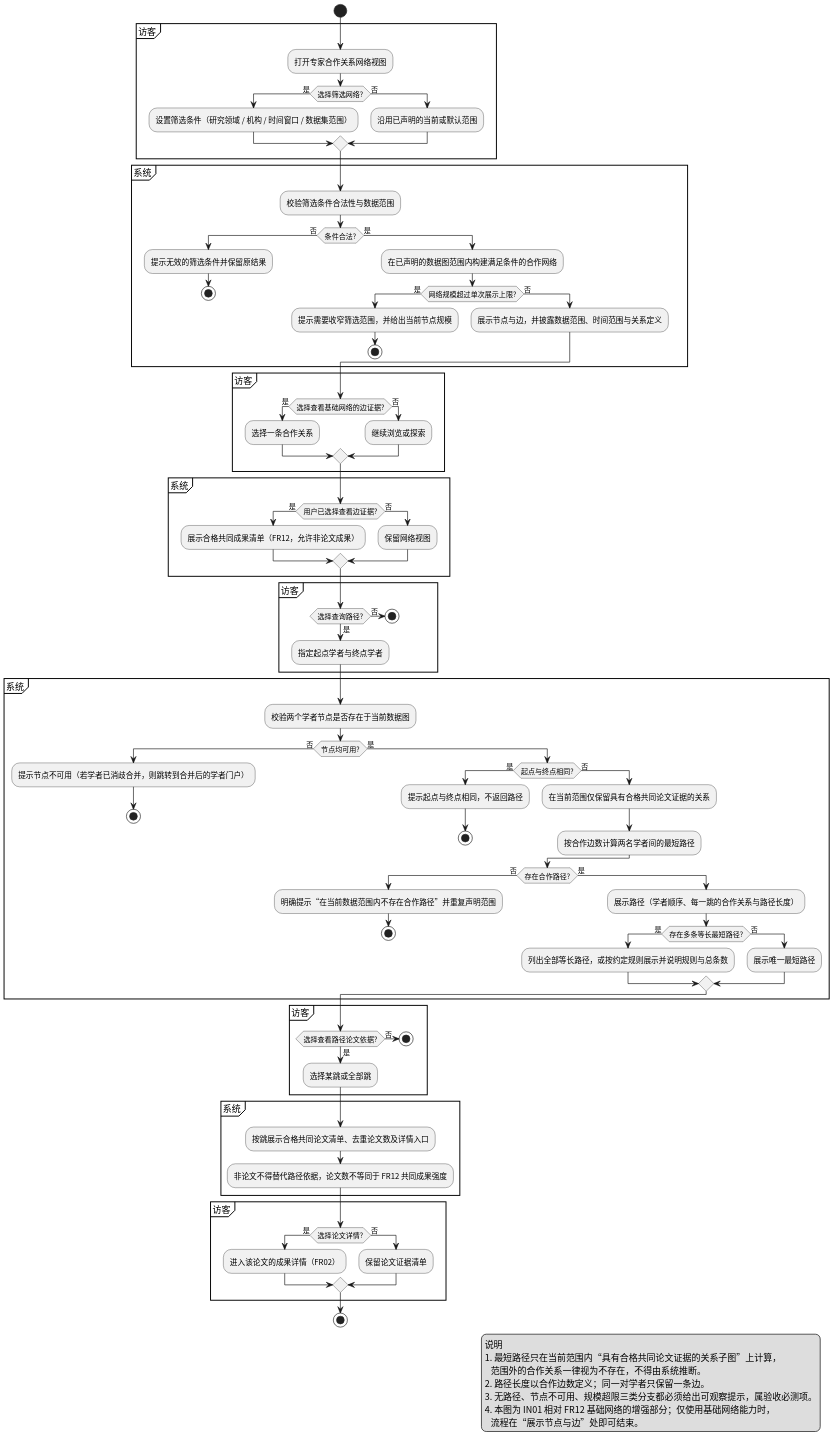
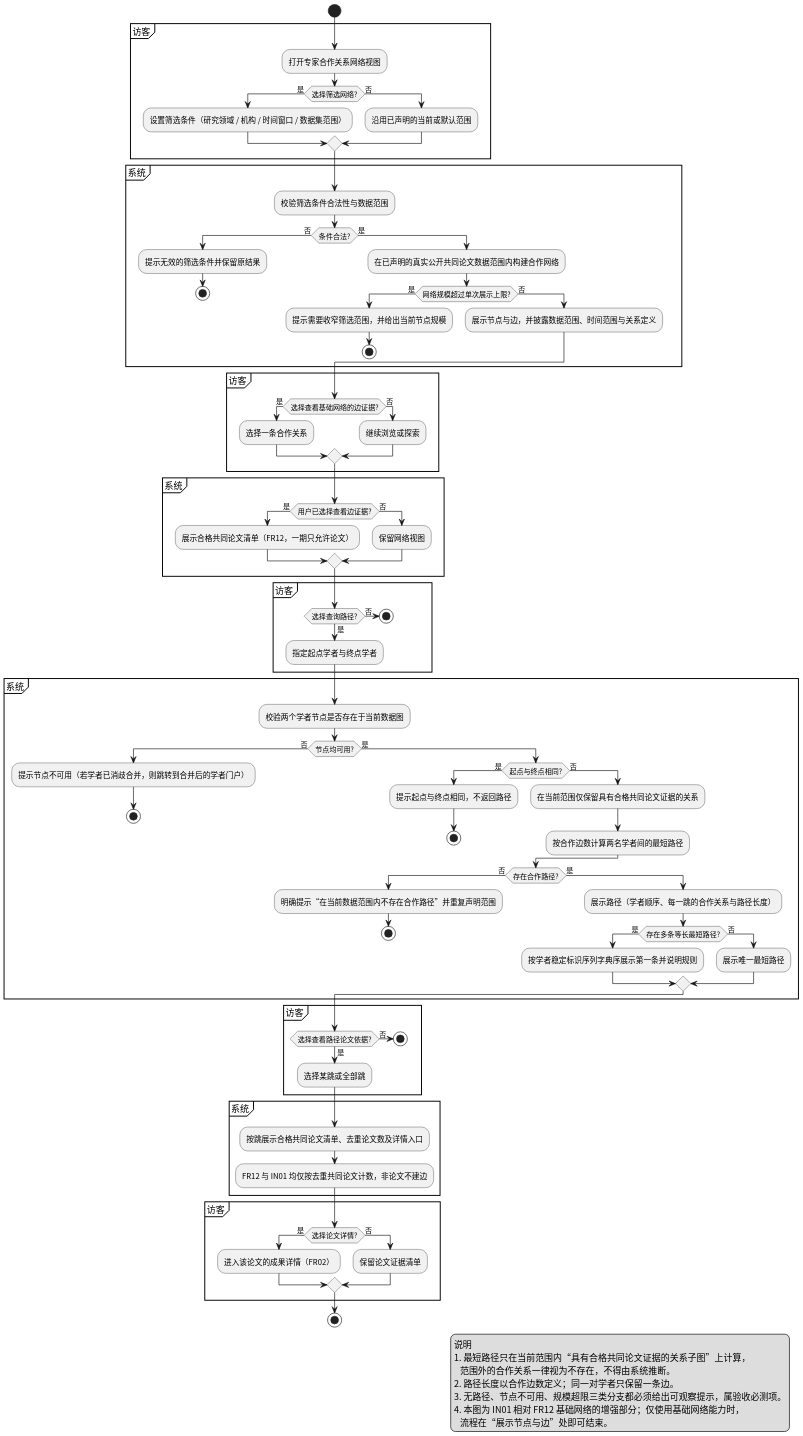
One commit to CognitaNexus/CognitaNexus changed the diagram in docs/uml/analytics/DGM-ACTIVITY-03-collab-path.puml. Above: the diagram before and after it, drawn with PlantUML.

Commit message:
docs(uml): align basic cooperation graph and path evidence to paper-only scope

```diff
--- a/docs/uml/analytics/DGM-ACTIVITY-03-collab-path.puml
+++ b/docs/uml/analytics/DGM-ACTIVITY-03-collab-path.puml
@@ -1,129 +1,129 @@
 @startuml
 ' =====================================================================
 ' DGM-ACTIVITY-03  合作关系探索活动图（IN01，创新功能）
 ' 对应需求：IN01-S01 ~ IN01-S08；基础网络部分关联 FR12
 ' 提示：本图仅表示“在已声明数据范围内”的关系，不得推断范围外的合作关系
 ' =====================================================================
 skinparam monochrome true
 skinparam shadowing false
 skinparam defaultFontName "Noto Sans CJK SC"
 skinparam usecaseFontStyle normal
 skinparam actorFontStyle normal
 skinparam rectangleFontStyle normal
 skinparam packageFontStyle normal
 skinparam componentFontStyle normal
 skinparam ArrowFontStyle normal
 skinparam legendFontStyle normal
 skinparam stateFontStyle normal
 skinparam activityFontStyle normal
 skinparam activityDiamondFontStyle normal
 skinparam noteFontStyle normal
 skinparam dpi 150
 
 start
 
 partition "访客" {
   :打开专家合作关系网络视图;
   if (选择筛选网络?) then (是)
     :设置筛选条件（研究领域 / 机构 / 时间窗口 / 数据集范围）;
   else (否)
     :沿用已声明的当前或默认范围;
   endif
 }
 
 partition "系统" {
   :校验筛选条件合法性与数据范围;
   if (条件合法?) then (否)
     :提示无效的筛选条件并保留原结果;
     stop
   else (是)
-    :在已声明的数据图范围内构建满足条件的合作网络;
+    :在已声明的真实公开共同论文数据范围内构建合作网络;
     if (网络规模超过单次展示上限?) then (是)
       :提示需要收窄筛选范围，并给出当前节点规模;
       stop
     else (否)
       :展示节点与边，并披露数据范围、时间范围与关系定义;
     endif
   endif
 }
 
 partition "访客" {
   if (选择查看基础网络的边证据?) then (是)
     :选择一条合作关系;
   else (否)
     :继续浏览或探索;
   endif
 }
 partition "系统" {
   if (用户已选择查看边证据?) then (是)
-    :展示合格共同成果清单（FR12，允许非论文成果）;
+    :展示合格共同论文清单（FR12，一期只允许论文）;
   else (否)
     :保留网络视图;
   endif
 }
 partition "访客" {
   if (选择查询路径?) then (否)
     stop
   else (是)
     :指定起点学者与终点学者;
   endif
 }
 
 partition "系统" {
   :校验两个学者节点是否存在于当前数据图;
   if (节点均可用?) then (否)
     :提示节点不可用（若学者已消歧合并，则跳转到合并后的学者门户）;
     stop
   else (是)
     if (起点与终点相同?) then (是)
       :提示起点与终点相同，不返回路径;
       stop
     else (否)
       :在当前范围仅保留具有合格共同论文证据的关系;
       :按合作边数计算两名学者间的最短路径;
     endif
     if (存在合作路径?) then (否)
       :明确提示“在当前数据范围内不存在合作路径”并重复声明范围;
       stop
     else (是)
       :展示路径（学者顺序、每一跳的合作关系与路径长度）;
       if (存在多条等长最短路径?) then (是)
-        :列出全部等长路径，或按约定规则展示并说明规则与总条数;
+        :按学者稳定标识序列字典序展示第一条并说明规则;
       else (否)
         :展示唯一最短路径;
       endif
     endif
   endif
 }
 
 partition "访客" {
   if (选择查看路径论文依据?) then (否)
     stop
   else (是)
     :选择某跳或全部跳;
   endif
 }
 partition "系统" {
   :按跳展示合格共同论文清单、去重论文数及详情入口;
-  :非论文不得替代路径依据，论文数不等同于 FR12 共同成果强度;
+  :FR12 与 IN01 均仅按去重共同论文计数，非论文不建边;
 }
 partition "访客" {
   if (选择论文详情?) then (是)
     :进入该论文的成果详情（FR02）;
   else (否)
     :保留论文证据清单;
   endif
 }
 
 stop
 
 legend right
   说明
   1. 最短路径只在当前范围内“具有合格共同论文证据的关系子图”上计算，
      范围外的合作关系一律视为不存在，不得由系统推断。
   2. 路径长度以合作边数定义；同一对学者只保留一条边。
   3. 无路径、节点不可用、规模超限三类分支都必须给出可观察提示，属验收必测项。
   4. 本图为 IN01 相对 FR12 基础网络的增强部分；仅使用基础网络能力时，
      流程在“展示节点与边”处即可结束。
 endlegend
 @enduml
```
